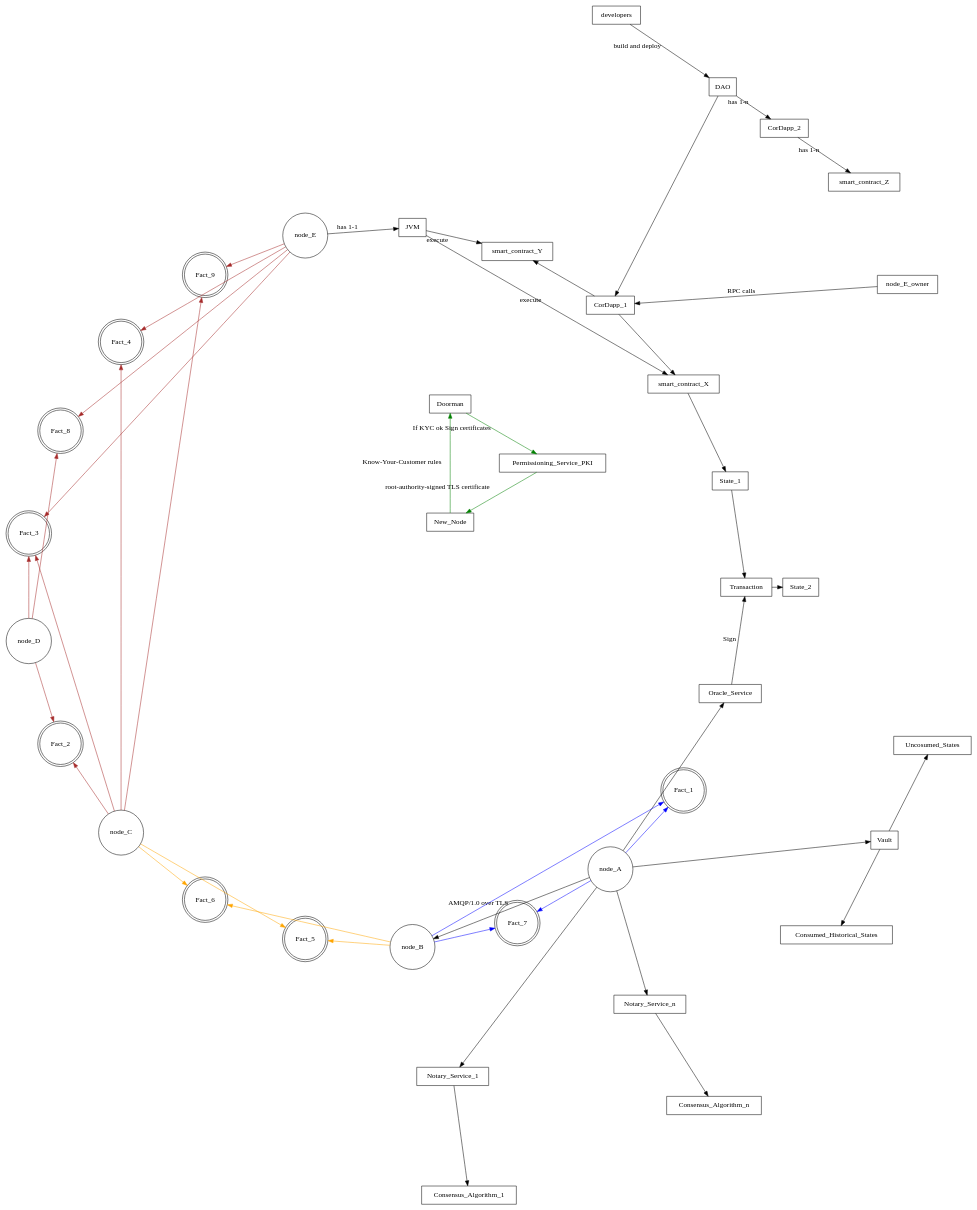
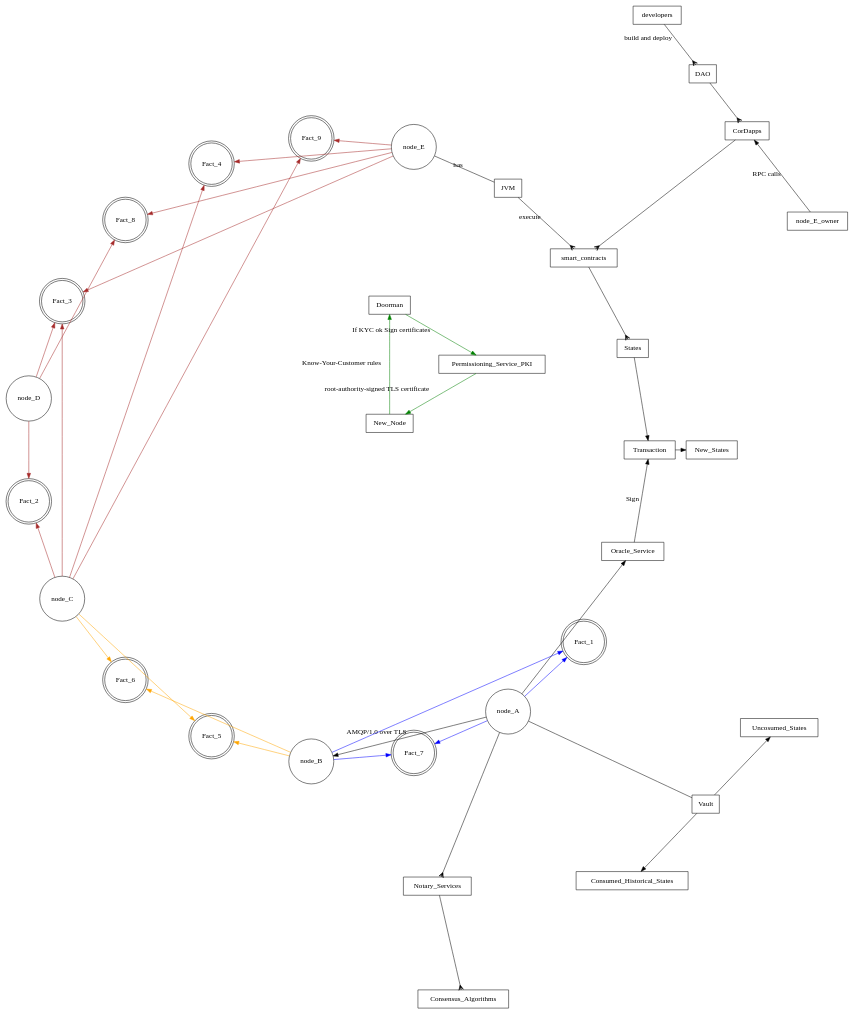
The diagram in corda-architecture.dot (manilabay/blockchain-graphs), drawn with Graphviz before and after one commit. The commit also changed 2 other files, not shown here.

```diff
--- a/corda-architecture.dot
+++ b/corda-architecture.dot
@@ -1,83 +1,79 @@
 digraph corda {
 
   layout="circo";
   node [shape=circle];
 
   rankdir=LR;
   subgraph facts_by_node {
     node [shape = circle];
     Fact_1 [shape = doublecircle];
     Fact_2 [shape = doublecircle];
     Fact_3 [shape = doublecircle];
     Fact_4 [shape = doublecircle];
     Fact_5 [shape = doublecircle];
     Fact_6 [shape = doublecircle];
     Fact_7 [shape = doublecircle];
     Fact_8 [shape = doublecircle];
     Fact_9 [shape = doublecircle];
 
     node_A -> node_B [label="AMQP/1.0 over TLS" ];
 
     node_A -> Fact_1 [color="blue"];
     node_A -> Fact_7 [color="blue"];
     node_B -> Fact_1 [color="blue"];
     node_B -> Fact_7 [color="blue"];
     node_B -> Fact_5 [color="orange"];
     node_B -> Fact_6 [color="orange"];
 
     node_C -> Fact_5 [color="orange"];
     node_C -> Fact_6 [color="orange"];
     node_C -> Fact_2 [color="brown"];
     node_C -> Fact_9 [color="brown"];
     node_C -> Fact_4 [color="brown"];
     node_C -> Fact_3 [color="brown"];
     node_D -> Fact_2 [color="brown"];
     node_D -> Fact_3 [color="brown"];
     node_D -> Fact_8 [color="brown"];
     node_E -> Fact_3 [color="brown"];
     node_E -> Fact_4 [color="brown"];
     node_E -> Fact_8 [color="brown"];
     node_E -> Fact_9 [color="brown"];
 
   }
 
   rankdir=LR;
   subgraph components_by_node {
     node [shape = box];
 
-    node_E -> JVM [label="has 1-1"];
-    node_E_owner -> CorDapp_1 [label="RPC calls"];
-    JVM -> smart_contract_X [label="execute"];
-    JVM -> smart_contract_Y [label="execute"];
-    node_A -> Notary_Service_1;
-    node_A -> Notary_Service_n;
+    node_E -> JVM [label="has" arrowhead="none"];
+    node_E_owner -> CorDapps [label="RPC calls"];
+    JVM -> smart_contracts [arrowhead="crow" label="execute"];
+    node_A -> Notary_Services [arrowhead="crow"];
+
     node_A -> Oracle_Service;
-    node_A -> Vault;
+    node_A -> Vault [arrowhead="none"];
     Vault -> Consumed_Historical_States;
     Vault -> Uncosumed_States;
 
 
-    Notary_Service_1 -> Consensus_Algorithm_1;
-    Notary_Service_n -> Consensus_Algorithm_n;
+    Notary_Services -> Consensus_Algorithms [arrowhead="crow"];
     Oracle_Service -> Transaction [label="Sign"];
 
     #Abstract objects
 
-    developers -> DAO [label="build and deploy"];
-    DAO -> CorDapp_1;
-    DAO -> CorDapp_2 [label="has 1-n"];
-    CorDapp_1 -> smart_contract_X;
-    CorDapp_1 -> smart_contract_Y;
-    CorDapp_2 -> smart_contract_Z [label="has 1-n"];
+    developers -> DAO [label="build and deploy" arrowhead="crow"];
+    DAO -> CorDapps [arrowhead="crow"];
 
-    smart_contract_X -> State_1;
-    State_1 -> Transaction;
-    Transaction -> State_2;
+    CorDapps -> smart_contracts [arrowhead="crow"];
+
+    smart_contracts -> States [arrowhead="crow"];
+    States -> Transaction;
+    Transaction -> New_States;
 
     New_Node -> Doorman [label="Know-Your-Customer rules" color="green"];
     Doorman -> Permissioning_Service_PKI [label="If KYC ok Sign certificates" color="green"];
     Permissioning_Service_PKI -> New_Node [label="root-authority-signed TLS certificate" color="green"];
 
   }
 
 }
```
